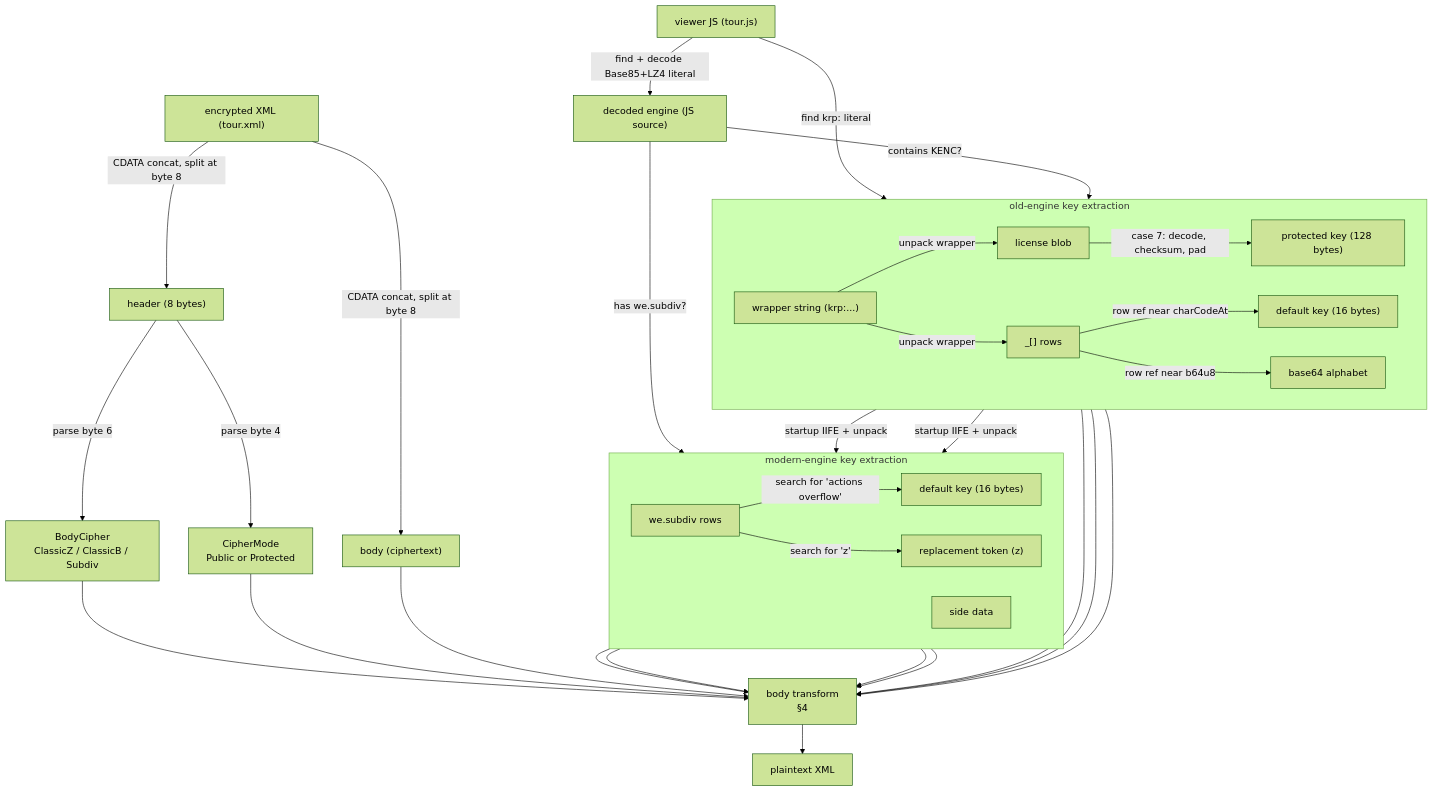
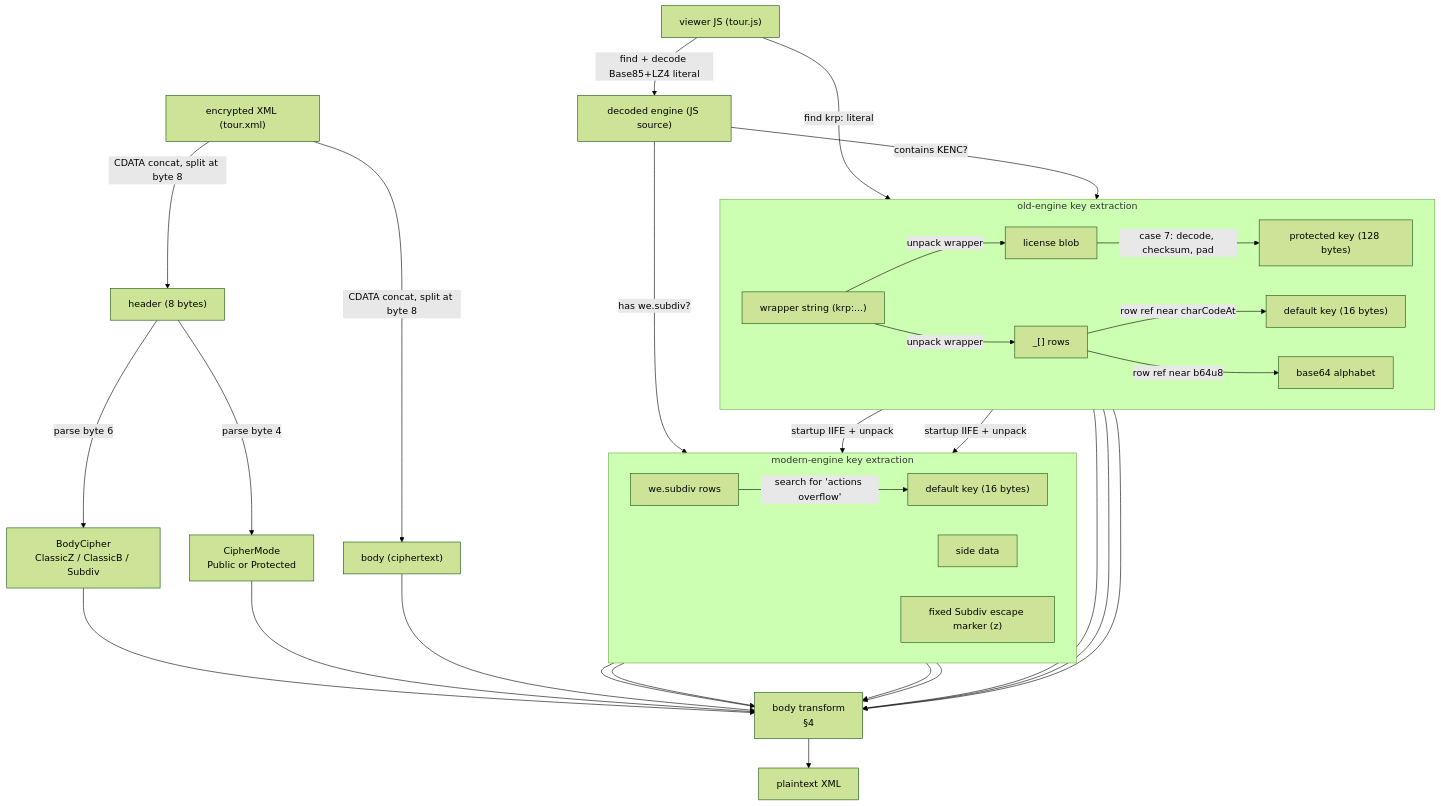
The diagram in PLAN.md (lovasoa/krpano-decrypt), drawn with Mermaid (forest theme) before and after one commit. The commit also changed other lines of this file and 3 other files, not shown here.

Commit message:
Clarify fixed Subdiv escape marker

````diff
--- a/PLAN.md
+++ b/PLAN.md
@@ -147,47 +146,47 @@
 ```mermaid
 flowchart TD
     xml["encrypted XML (tour.xml)"]
     vjs["viewer JS (tour.js)"]
 
     xml -->|"CDATA concat, split at byte 8"| header["header (8 bytes)"]
     xml -->|"CDATA concat, split at byte 8"| body["body (ciphertext)"]
 
     header -->|"parse byte 4"| mode["CipherMode<br/>Public or Protected"]
     header -->|"parse byte 6"| cipher["BodyCipher<br/>ClassicZ / ClassicB / Subdiv"]
 
     vjs -->|"find krp: literal"| wrapper["wrapper string (krp:...)"]
     vjs -->|"find + decode Base85+LZ4 literal"| engine["decoded engine (JS source)"]
 
     engine -->|"contains KENC?"| old_keys
     engine -->|"has we.subdiv?"| modern_keys
 
     subgraph old_keys["old-engine key extraction"]
         direction LR
         wrapper -->|"unpack wrapper"| rows["_[] rows"]
         wrapper -->|"unpack wrapper"| license["license blob"]
         license -->|"case 7: decode, checksum, pad"| pkey["protected key (128 bytes)"]
         rows -->|"row ref near charCodeAt"| odef["default key (16 bytes)"]
         rows -->|"row ref near b64u8"| alpha["base64 alphabet"]
     end
 
     subgraph modern_keys["modern-engine key extraction"]
         direction LR
         wrapper -->|"startup IIFE + unpack"| srows["we.subdiv rows"]
         wrapper -->|"startup IIFE + unpack"| side["side data"]
         srows -->|"search for 'actions overflow'"| mdef["default key (16 bytes)"]
-        srows -->|"search for 'z'"| token["replacement token (z)"]
+        token["fixed Subdiv escape marker (z)"]
     end
 
     cipher --> dispatch["body transform<br/>§4"]
     mode --> dispatch
     body --> dispatch
     pkey --> dispatch
     odef --> dispatch
     alpha --> dispatch
     mdef --> dispatch
     token --> dispatch
     srows --> dispatch
     side --> dispatch
 
     dispatch --> plain["plaintext XML"]
 ```
````
